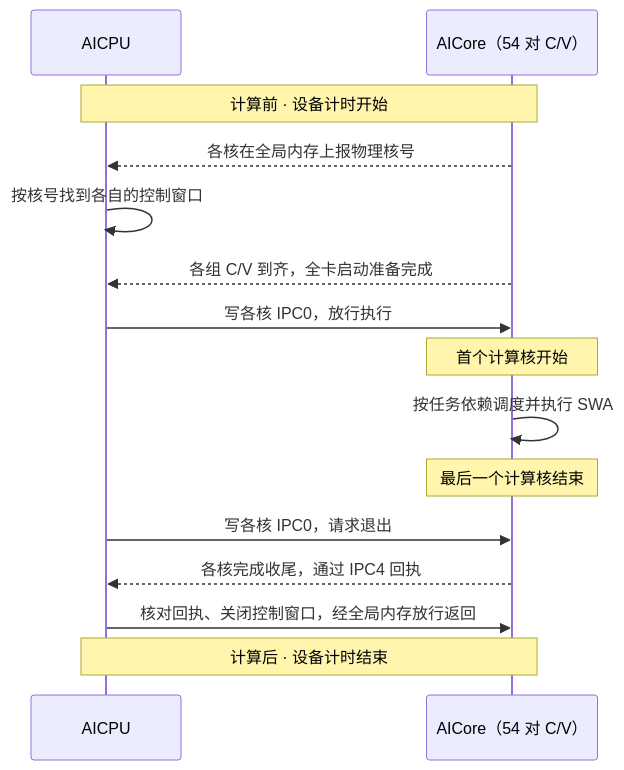
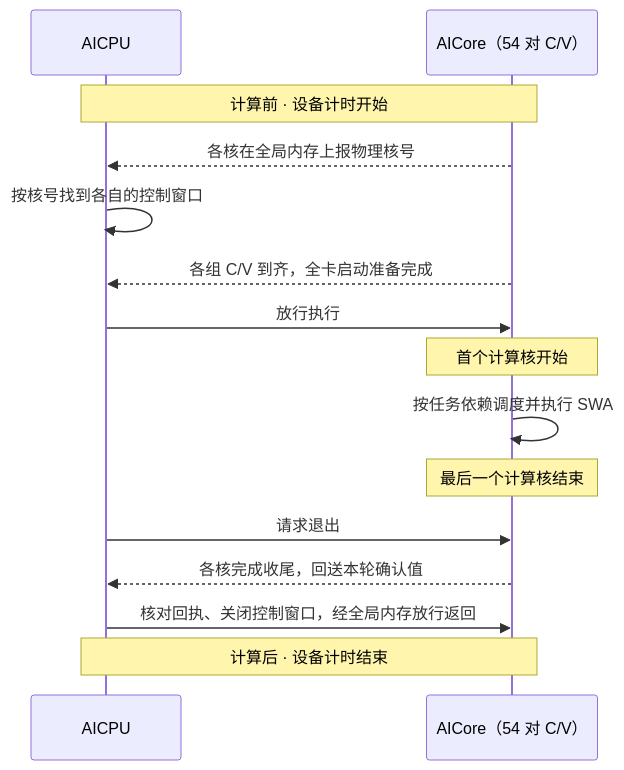
The diagram in tests/fdwic/a6_dsv41_scheduler/doc/a6-swa-progress.zh-CN.md (mihudaner/simpler), drawn with Mermaid before and after one commit. The commit also changed other lines of this file and 20 other files, not shown here.

````diff
--- a/tests/fdwic/a6_dsv41_scheduler/doc/a6-swa-progress.zh-CN.md
+++ b/tests/fdwic/a6_dsv41_scheduler/doc/a6-swa-progress.zh-CN.md
@@ -23,17 +23,17 @@
 ```mermaid
 sequenceDiagram
     participant CPU as AICPU
     participant Core as AICore（54 对 C/V）
     Note over CPU,Core: 计算前 · 设备计时开始
     Core-->>CPU: 各核在全局内存上报物理核号
     CPU->>CPU: 按核号找到各自的控制窗口
     Core-->>CPU: 各组 C/V 到齐，全卡启动准备完成
-    CPU->>Core: 写各核 IPC0，放行执行
+    CPU->>Core: 放行执行
     Note over Core: 首个计算核开始
     Core->>Core: 按任务依赖调度并执行 SWA
     Note over Core: 最后一个计算核结束
-    CPU->>Core: 写各核 IPC0，请求退出
-    Core-->>CPU: 各核完成收尾，通过 IPC4 回执
+    CPU->>Core: 请求退出
+    Core-->>CPU: 各核完成收尾，回送本轮确认值
     CPU->>Core: 核对回执、关闭控制窗口，经全局内存放行返回
     Note over CPU,Core: 计算后 · 设备计时结束
 ```
````
